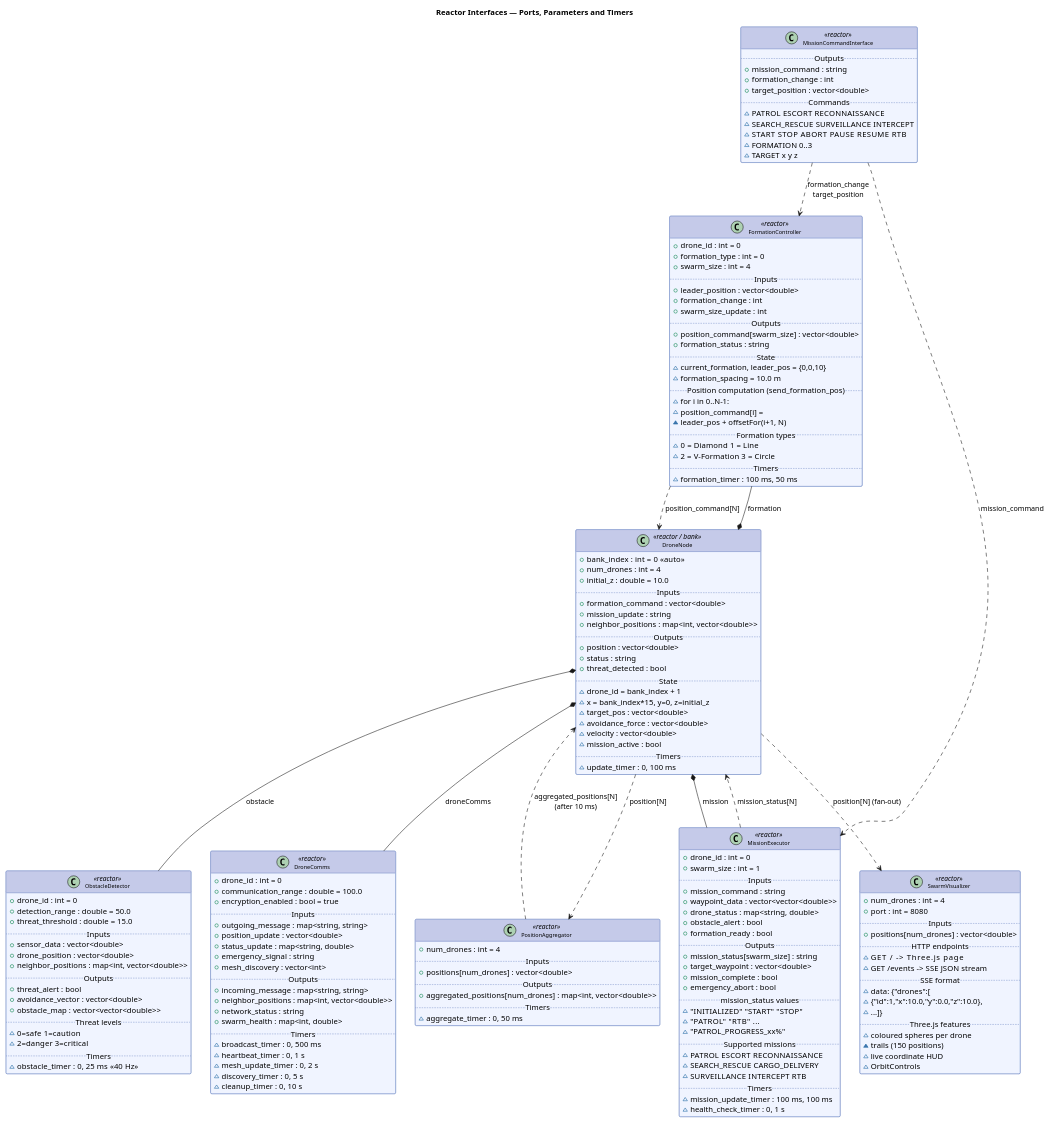
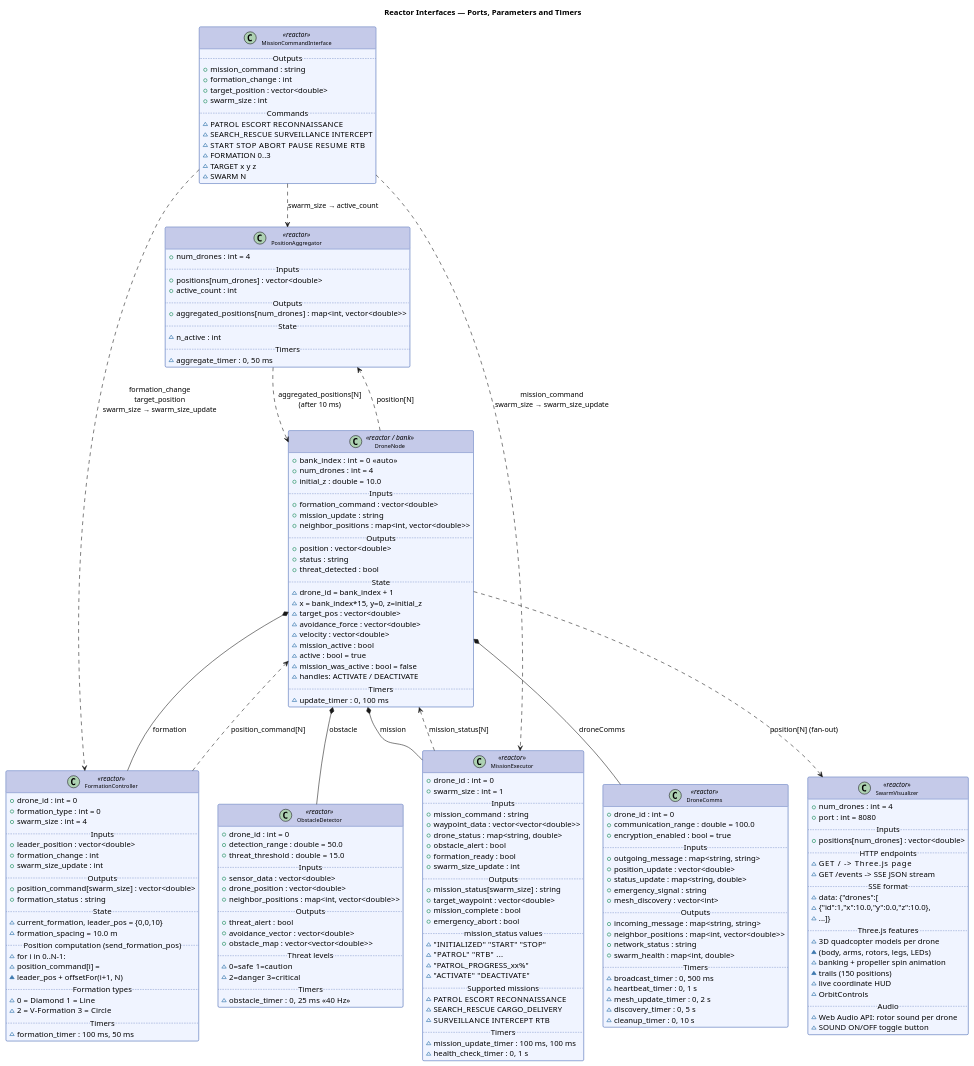
Before and after one commit to xwarzee/uav_lf: the diagram in doc/diagrams/03_reactors_interfaces.puml, drawn with PlantUML. The commit also changed 6 other files, not shown here.

Commit message:
update doc with last changes: dynamic swarm resizing (limit max: initial size), quadcopter 3D model to visualize drones, sound per drone

```diff
--- a/doc/diagrams/03_reactors_interfaces.puml
+++ b/doc/diagrams/03_reactors_interfaces.puml
@@ -16,12 +16,14 @@
     + mission_command : string
     + formation_change : int
     + target_position : vector<double>
+    + swarm_size : int
     ..Commands..
     ~ PATROL  ESCORT  RECONNAISSANCE
     ~ SEARCH_RESCUE  SURVEILLANCE  INTERCEPT
     ~ START  STOP  ABORT  PAUSE  RESUME  RTB
     ~ FORMATION 0..3
     ~ TARGET x y z
+    ~ SWARM N
 }
 
 class "PositionAggregator" <<reactor>> {
@@ -29,8 +31,11 @@
     + num_drones : int = 4
     ..Inputs..
     + positions[num_drones] : vector<double>
+    + active_count : int
     ..Outputs..
     + aggregated_positions[num_drones] : map<int, vector<double>>
+    ..State..
+    ~ n_active : int
     ..Timers..
     ~ aggregate_timer : 0, 50 ms
 }
@@ -55,6 +60,9 @@
     ~ avoidance_force : vector<double>
     ~ velocity : vector<double>
     ~ mission_active : bool
+    ~ active : bool = true
+    ~ mission_was_active : bool = false
+    ~ handles: ACTIVATE / DEACTIVATE
     ..Timers..
     ~ update_timer : 0, 100 ms
 }
@@ -115,6 +123,7 @@
     + drone_status : map<string, double>
     + obstacle_alert : bool
     + formation_ready : bool
+    + swarm_size_update : int
     ..Outputs..
     + mission_status[swarm_size] : string
     + target_waypoint : vector<double>
@@ -124,6 +133,7 @@
     ~ "INITIALIZED"  "START"  "STOP"
     ~ "PATROL"  "RTB"  ...
     ~ "PATROL_PROGRESS_xx%"
+    ~ "ACTIVATE"  "DEACTIVATE"
     ..Supported missions..
     ~ PATROL  ESCORT  RECONNAISSANCE
     ~ SEARCH_RESCUE  CARGO_DELIVERY
@@ -173,10 +183,15 @@
     ~   {"id":1,"x":10.0,"y":0.0,"z":10.0},
     ~   ...]}
     ..Three.js features..
-    ~ coloured spheres per drone
+    ~ 3D quadcopter models per drone
+    ~   (body, arms, rotors, legs, LEDs)
+    ~ banking + propeller spin animation
     ~ trails (150 positions)
     ~ live coordinate HUD
     ~ OrbitControls
+    ..Audio..
+    ~ Web Audio API: rotor sound per drone
+    ~ SOUND ON/OFF toggle button
 }
 
 ' Composition inside DroneNode
@@ -186,8 +201,9 @@
 DroneNode *-- DroneComms         : droneComms
 
 ' DroneSwarm-level connections
-MissionCommandInterface ..> MissionExecutor    : mission_command
-MissionCommandInterface ..> FormationController : formation_change\ntarget_position
+MissionCommandInterface ..> MissionExecutor    : mission_command\nswarm_size → swarm_size_update
+MissionCommandInterface ..> FormationController : formation_change\ntarget_position\nswarm_size → swarm_size_update
+MissionCommandInterface ..> PositionAggregator : swarm_size → active_count
 FormationController     ..> DroneNode          : position_command[N]
 MissionExecutor         ..> DroneNode          : mission_status[N]
 DroneNode               ..> PositionAggregator : position[N]
```
